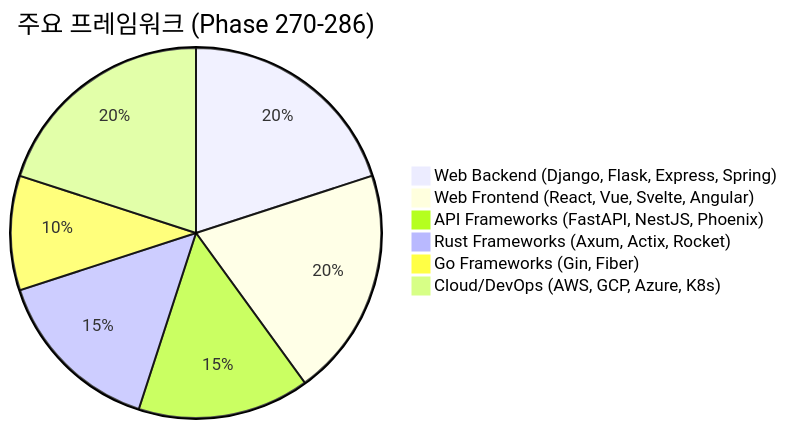
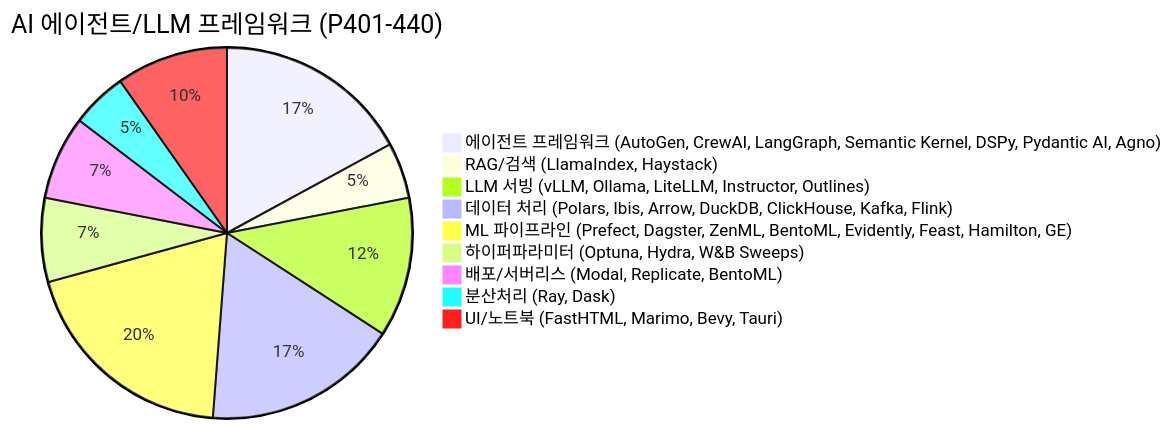
Before and after one commit to sun475300-sudo/Swarm-control-in-sc2bot: diagram 29 of 33 in README.md, drawn with Mermaid. The commit also changed other lines of this file, not shown here.

````diff
--- a/README.md
+++ b/README.md
@@ -1351,9 +1339,12 @@
 ```mermaid
-pie title 주요 프레임워크 (Phase 270-286)
-    "Web Backend (Django, Flask, Express, Spring)" : 4
-    "Web Frontend (React, Vue, Svelte, Angular)" : 4
-    "API Frameworks (FastAPI, NestJS, Phoenix)" : 3
-    "Rust Frameworks (Axum, Actix, Rocket)" : 3
-    "Go Frameworks (Gin, Fiber)" : 2
-    "Cloud/DevOps (AWS, GCP, Azure, K8s)" : 4
+pie title AI 에이전트/LLM 프레임워크 (P401-440)
+    "에이전트 프레임워크 (AutoGen, CrewAI, LangGraph, Semantic Kernel, DSPy, Pydantic AI, Agno)" : 7
+    "RAG/검색 (LlamaIndex, Haystack)" : 2
+    "LLM 서빙 (vLLM, Ollama, LiteLLM, Instructor, Outlines)" : 5
+    "데이터 처리 (Polars, Ibis, Arrow, DuckDB, ClickHouse, Kafka, Flink)" : 7
+    "ML 파이프라인 (Prefect, Dagster, ZenML, BentoML, Evidently, Feast, Hamilton, GE)" : 8
+    "하이퍼파라미터 (Optuna, Hydra, W&B Sweeps)" : 3
+    "배포/서버리스 (Modal, Replicate, BentoML)" : 3
+    "분산처리 (Ray, Dask)" : 2
+    "UI/노트북 (FastHTML, Marimo, Bevy, Tauri)" : 4
 ```
````
